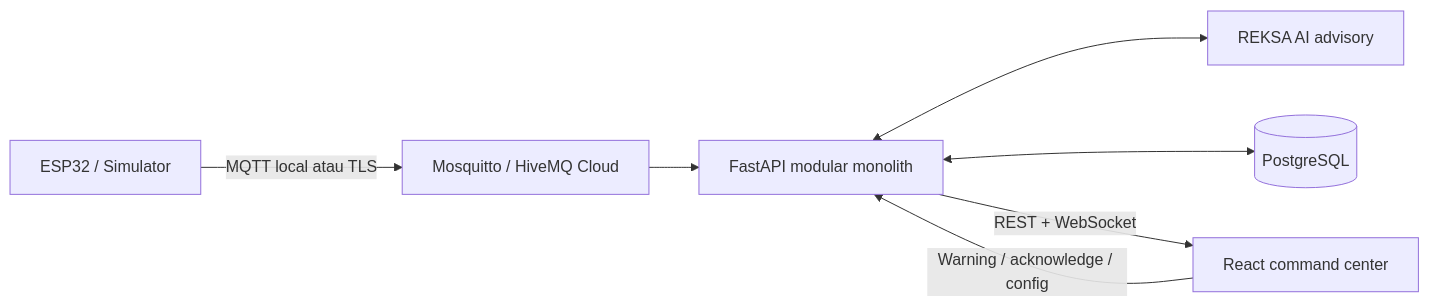
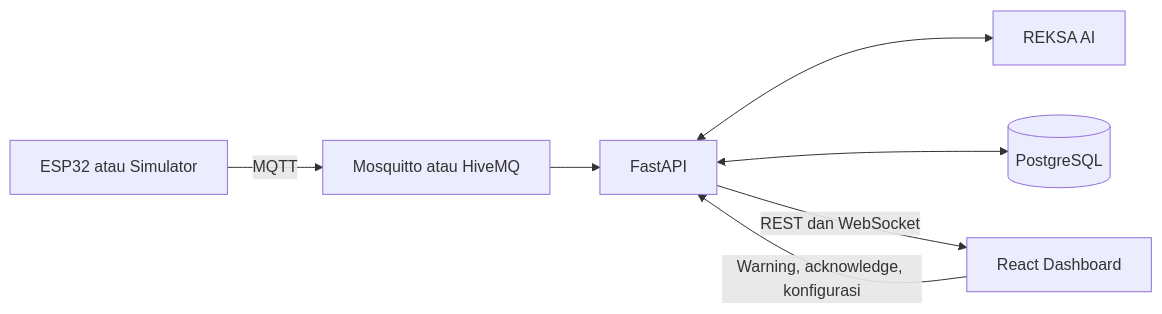
One commit to FR21/REKSA changed the diagram in README.md. Above: the diagram before and after it, drawn with Mermaid. The commit also changed other lines of this file and 303 other files, not shown here.

````diff
--- a/README.md
+++ b/README.md
@@ -17,9 +20,9 @@
 ```mermaid
 flowchart LR
-  I[ESP32 / Simulator] -->|MQTT local atau TLS| M[Mosquitto / HiveMQ Cloud]
-  M --> B[FastAPI modular monolith]
-  B <--> A[REKSA AI advisory]
+  H[ESP32 atau Simulator] -->|MQTT| M[Mosquitto atau HiveMQ]
+  M --> B[FastAPI]
+  B <--> A[REKSA AI]
   B <--> D[(PostgreSQL)]
-  B -->|REST + WebSocket| R[React command center]
-  R -->|Warning / acknowledge / config| B
+  B -->|REST dan WebSocket| F[React Dashboard]
+  F -->|Warning, acknowledge, konfigurasi| B
 ```
````
